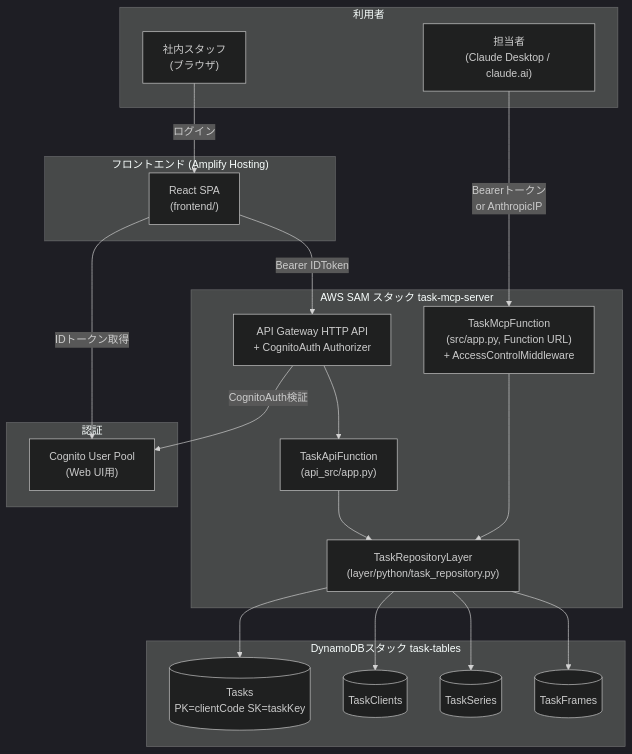
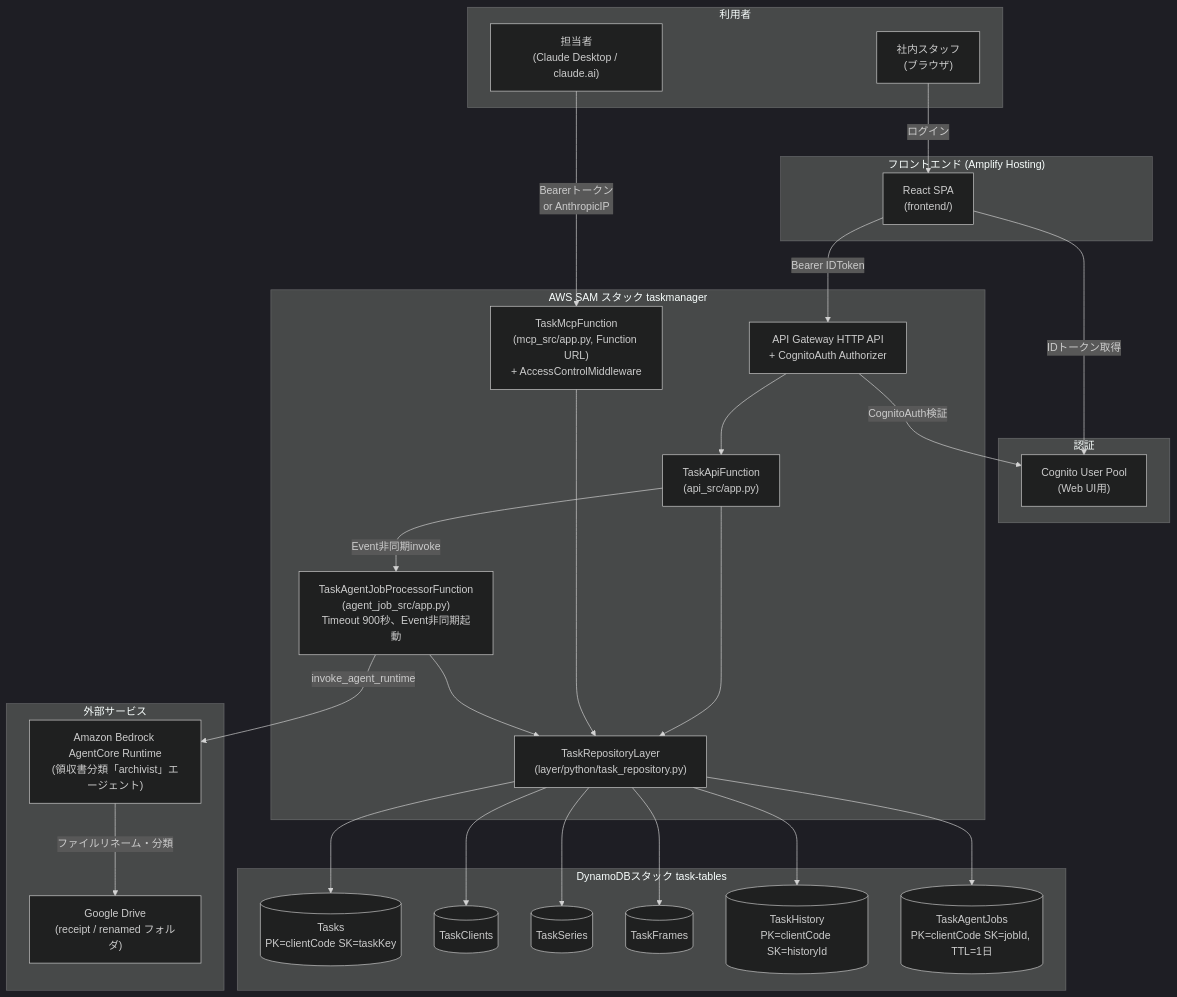
The diagram in docs/設計書.md (woodygaragelab/task-manager), drawn with Mermaid (dark theme) before and after one commit. The commit also changed other lines of this file and 8 other files, not shown here.

````diff
--- a/docs/設計書.md
+++ b/docs/設計書.md
@@ -34,44 +39,58 @@
 ```mermaid
 flowchart TB
     subgraph ClientUsers["利用者"]
         WebUser["社内スタッフ<br/>(ブラウザ)"]
         ClaudeUser["担当者<br/>(Claude Desktop / claude.ai)"]
     end
 
     subgraph Frontend["フロントエンド (Amplify Hosting)"]
         SPA["React SPA<br/>(frontend/)"]
     end
 
     subgraph AuthN["認証"]
         Cognito["Cognito User Pool<br/>(Web UI用)"]
     end
 
-    subgraph API["AWS SAM スタック task-mcp-server"]
+    subgraph API["AWS SAM スタック taskmanager"]
         APIGW["API Gateway HTTP API<br/>+ CognitoAuth Authorizer"]
         WebApiLambda["TaskApiFunction<br/>(api_src/app.py)"]
-        McpLambda["TaskMcpFunction<br/>(src/app.py, Function URL)<br/>+ AccessControlMiddleware"]
+        McpLambda["TaskMcpFunction<br/>(mcp_src/app.py, Function URL)<br/>+ AccessControlMiddleware"]
+        AgentJobLambda["TaskAgentJobProcessorFunction<br/>(agent_job_src/app.py)<br/>Timeout 900秒、Event非同期起動"]
         Layer["TaskRepositoryLayer<br/>(layer/python/task_repository.py)"]
+    end
+
+    subgraph External["外部サービス"]
+        AgentCore["Amazon Bedrock AgentCore Runtime<br/>(領収書分類「archivist」エージェント)"]
+        Drive["Google Drive<br/>(receipt / renamed フォルダ)"]
     end
 
     subgraph Data["DynamoDBスタック task-tables"]
         Tasks[("Tasks<br/>PK=clientCode SK=taskKey")]
         Clients[("TaskClients")]
         Series[("TaskSeries")]
         Frames[("TaskFrames")]
+        History[("TaskHistory<br/>PK=clientCode SK=historyId")]
+        AgentJobs[("TaskAgentJobs<br/>PK=clientCode SK=jobId, TTL=1日")]
     end
 
     WebUser -->|ログイン| SPA
     SPA -->|IDトークン取得| Cognito
     SPA -->|Bearer IDToken| APIGW
     APIGW -->|CognitoAuth検証| Cognito
     APIGW --> WebApiLambda
 
     ClaudeUser -->|Bearerトークン<br/>or AnthropicIP| McpLambda
 
     WebApiLambda --> Layer
+    WebApiLambda -->|Event非同期invoke| AgentJobLambda
     McpLambda --> Layer
+    AgentJobLambda --> Layer
+    AgentJobLambda -->|invoke_agent_runtime| AgentCore
+    AgentCore -->|ファイルリネーム・分類| Drive
     Layer --> Tasks
     Layer --> Clients
     Layer --> Series
     Layer --> Frames
+    Layer --> History
+    Layer --> AgentJobs
 ```
````
